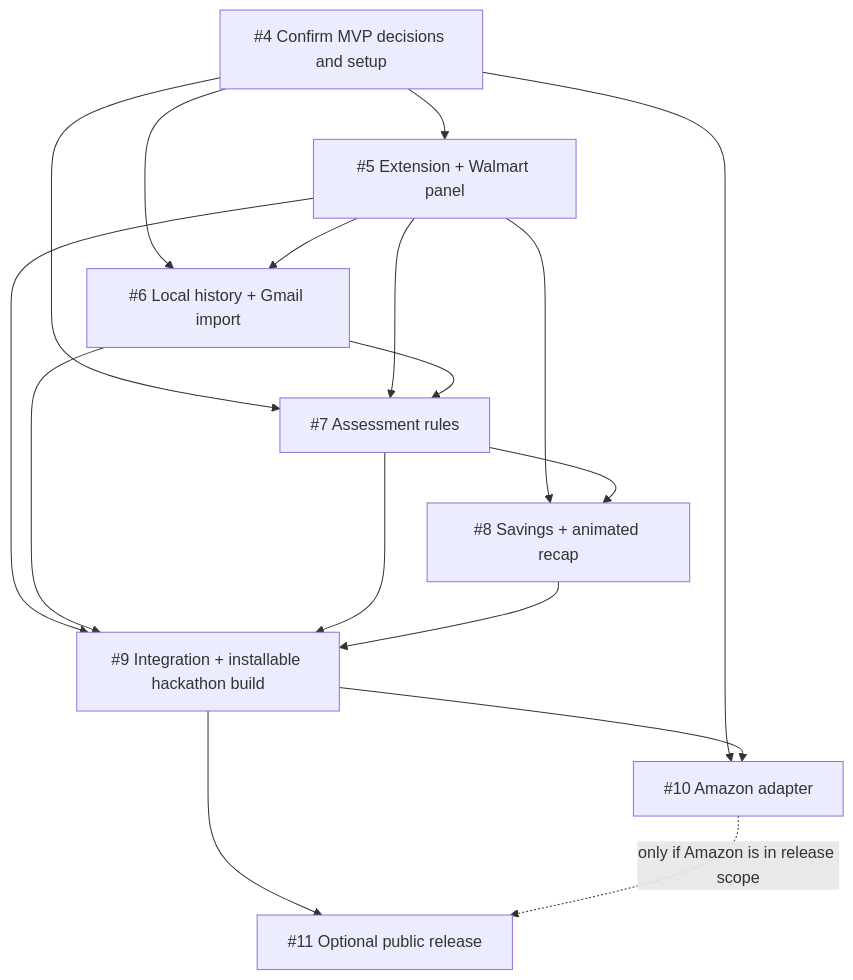
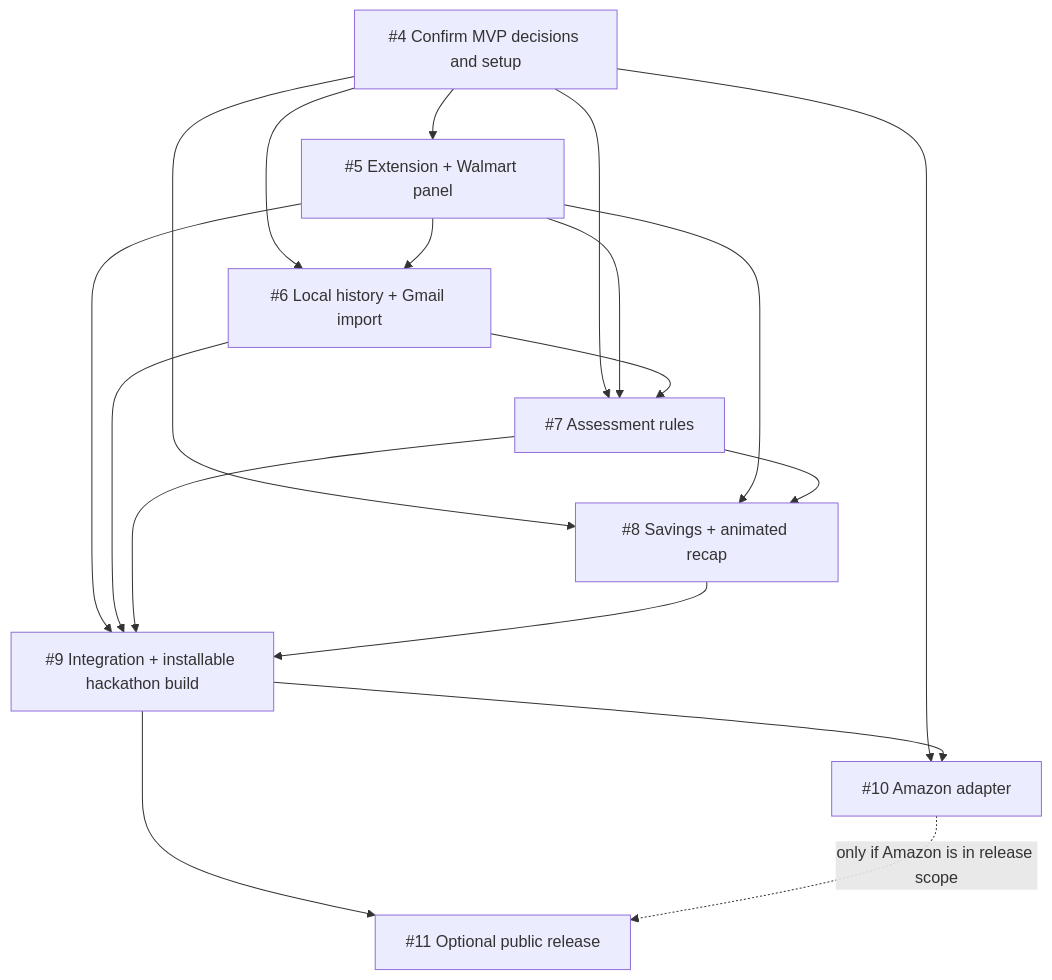
The diagram in docs/IMPLEMENTATION_PLAN.md (girwandhakal/WorthIt), drawn with Mermaid before and after one commit. The commit also changed other lines of this file and 2 other files, not shown here.

````diff
--- a/docs/IMPLEMENTATION_PLAN.md
+++ b/docs/IMPLEMENTATION_PLAN.md
@@ -32,28 +32,29 @@
 ```mermaid
 flowchart TD
   I4["#4 Confirm MVP decisions and setup"]
   I5["#5 Extension + Walmart panel"]
   I6["#6 Local history + Gmail import"]
   I7["#7 Assessment rules"]
   I8["#8 Savings + animated recap"]
   I9["#9 Integration + installable hackathon build"]
   I10["#10 Amazon adapter"]
   I11["#11 Optional public release"]
 
   I4 --> I5
   I4 --> I6
   I5 --> I6
   I4 --> I7
   I5 --> I7
   I6 --> I7
+  I4 --> I8
   I5 --> I8
   I7 --> I8
   I5 --> I9
   I6 --> I9
   I7 --> I9
   I8 --> I9
   I4 --> I10
   I9 --> I10
   I9 --> I11
   I10 -. "only if Amazon is in release scope" .-> I11
 ```
````
